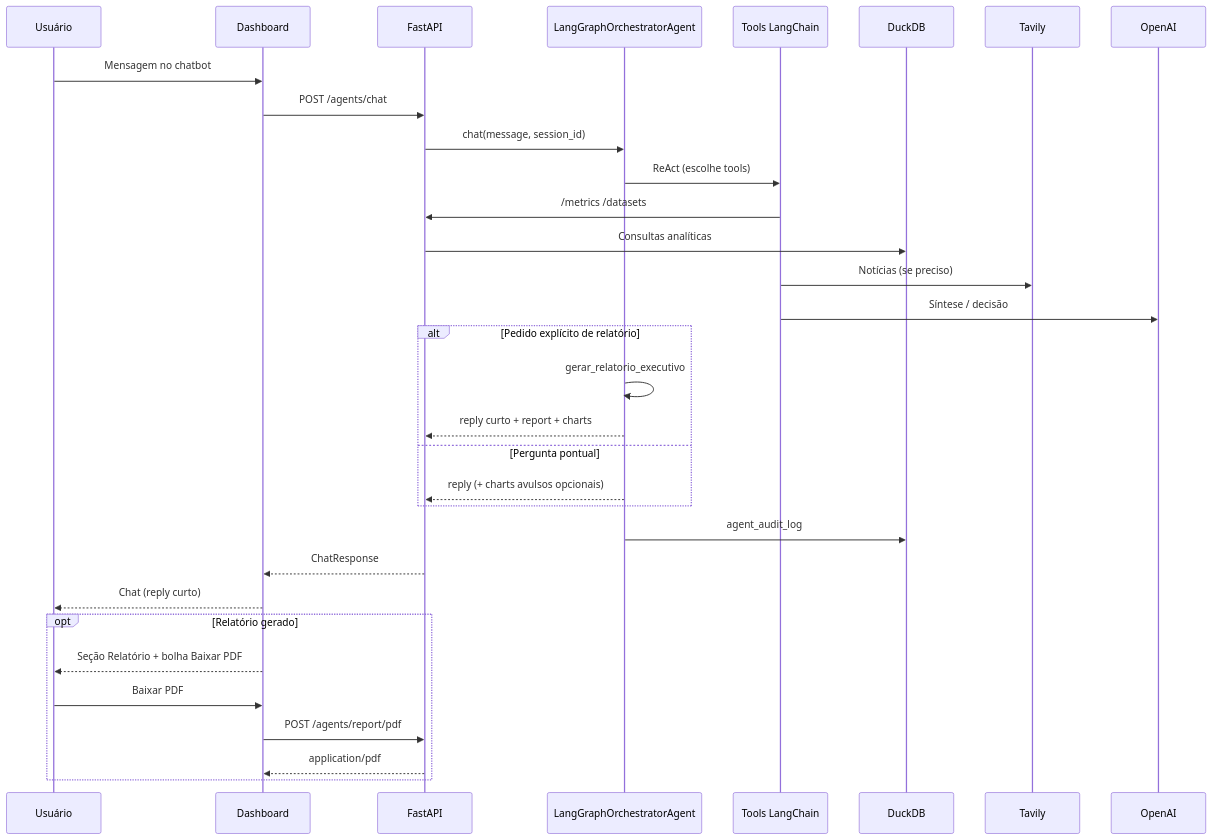
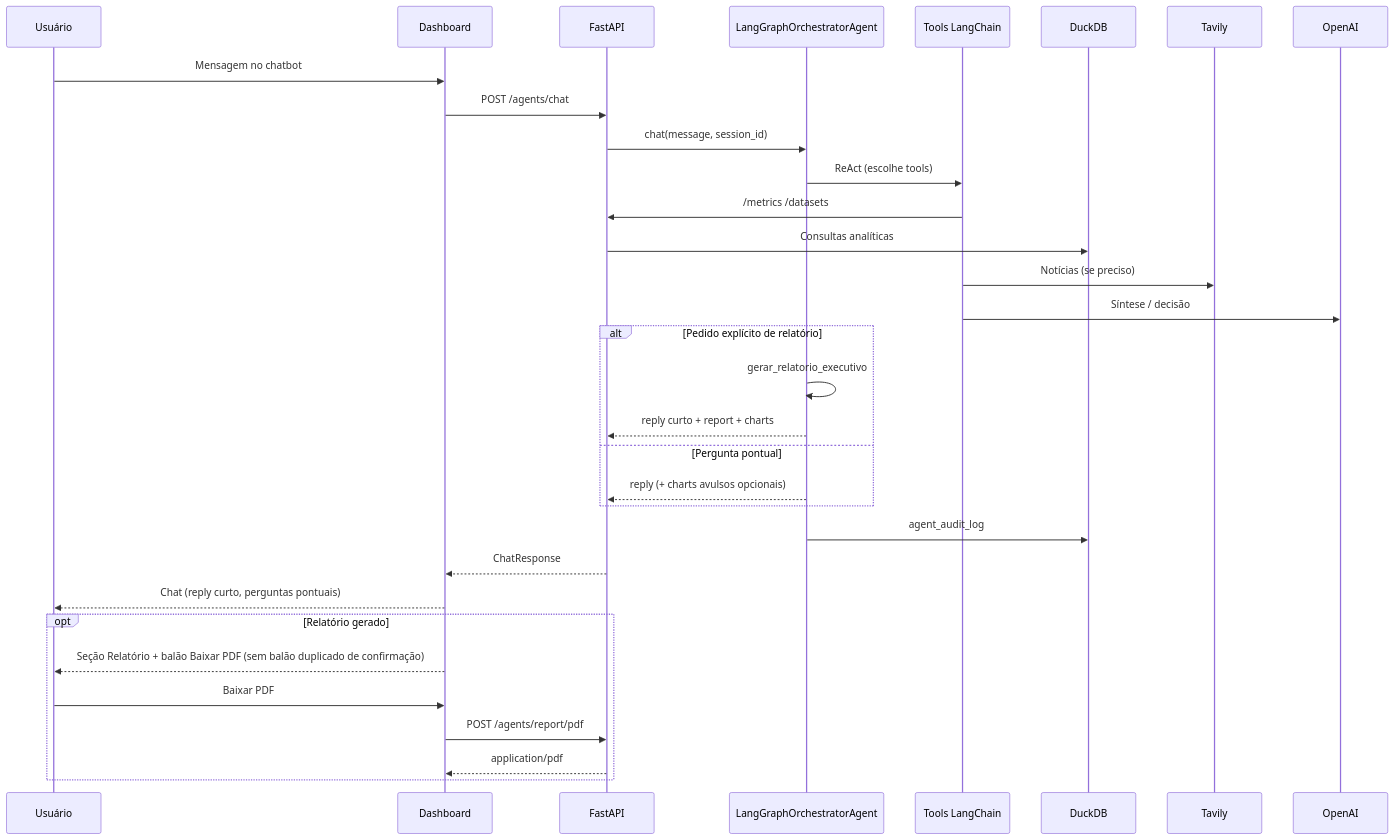
One commit to johnwsl/srag-data-health-agent-monitor changed the second of 2 diagrams in docs/arquitetura_solucao_srag.md. Above: the diagram before and after it, drawn with Mermaid. The commit also changed other lines of this file and 6 other files, not shown here.

````diff
--- a/docs/arquitetura_solucao_srag.md
+++ b/docs/arquitetura_solucao_srag.md
@@ -133,35 +134,35 @@
 ```mermaid
 sequenceDiagram
     participant U as Usuário
     participant F as Dashboard
     participant A as FastAPI
     participant O as LangGraphOrchestratorAgent
     participant Tools as Tools LangChain
     participant DB as DuckDB
     participant TV as Tavily
     participant L as OpenAI
 
     U->>F: Mensagem no chatbot
     F->>A: POST /agents/chat
     A->>O: chat(message, session_id)
     O->>Tools: ReAct (escolhe tools)
     Tools->>A: /metrics /datasets
     A->>DB: Consultas analíticas
     Tools->>TV: Notícias (se preciso)
     Tools->>L: Síntese / decisão
     alt Pedido explícito de relatório
         O->>O: gerar_relatorio_executivo
         O-->>A: reply curto + report + charts
     else Pergunta pontual
         O-->>A: reply (+ charts avulsos opcionais)
     end
     O->>DB: agent_audit_log
     A-->>F: ChatResponse
-    F-->>U: Chat (reply curto)
+    F-->>U: Chat (reply curto, perguntas pontuais)
     opt Relatório gerado
-        F-->>U: Seção Relatório + bolha Baixar PDF
+        F-->>U: Seção Relatório + balão Baixar PDF (sem balão duplicado de confirmação)
         U->>F: Baixar PDF
         F->>A: POST /agents/report/pdf
         A-->>F: application/pdf
     end
 ```
````
